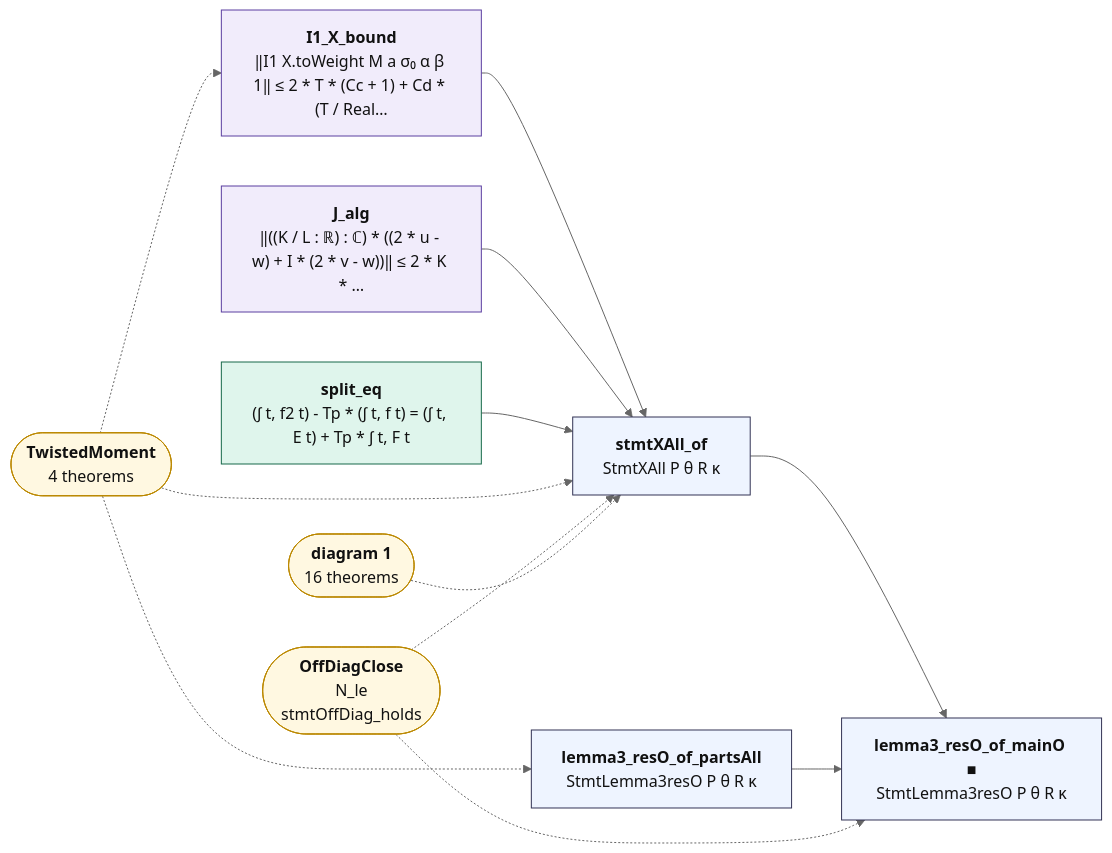
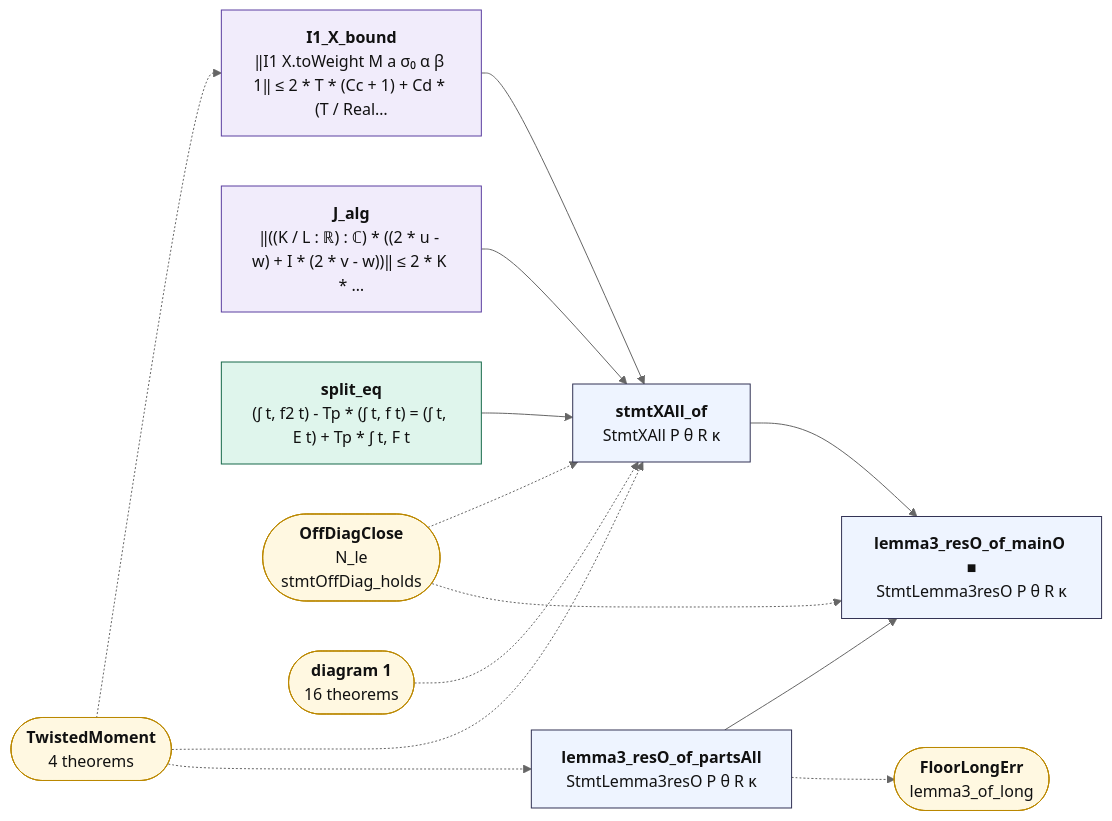
The second of 2 diagrams in map/lean_stage3/SwapX.md (juliansambranojr/Primebeat_081426), drawn with Mermaid (neutral theme) before and after one commit. The commit also changed other lines of this file and 64 other files, not shown here.

````diff
--- a/map/lean_stage3/SwapX.md
+++ b/map/lean_stage3/SwapX.md
@@ -105,31 +105,33 @@
 ```mermaid
 flowchart LR
   n0["<b>I1_X_bound</b><br/>‖I1 X.toWeight M a σ₀ α β 1‖ ≤ 2 * T * (Cc + 1) + Cd * (T / Real…"]:::shp
   n1["<b>J_alg</b><br/>‖((K / L : ℝ) : ℂ) * ((2 * u - w) + I * (2 * v - w))‖ ≤ 2 * K * …"]:::shp
   n2["<b>split_eq</b><br/>(∫ t, f2 t) - Tp * (∫ t, f t) = (∫ t, E t) + Tp * ∫ t, F t"]:::cnt
   n3["<b>stmtXAll_of</b><br/>StmtXAll P θ R κ"]:::thm
   n4["<b>lemma3_resO_of_partsAll</b><br/>StmtLemma3resO P θ R κ"]:::thm
   n5["<b>lemma3_resO_of_mainO ■</b><br/>StmtLemma3resO P θ R κ"]:::thm
   x0(["<b>TwistedMoment</b><br/>4 theorems"]):::ext
   x1(["<b>OffDiagClose</b><br/>N_le<br/>stmtOffDiag_holds"]):::ext
   x2(["<b>diagram 1</b><br/>16 theorems"]):::ext
+  x3(["<b>FloorLongErr</b><br/>lemma3_of_long"]):::ext
   n0 --> n3
   n1 --> n3
   n2 --> n3
   n3 --> n5
   n4 --> n5
+  n4 -.-> x3
   x0 -.-> n0
   x0 -.-> n3
   x0 -.-> n4
   x1 -.-> n3
   x1 -.-> n5
   x2 -.-> n3
   classDef cnt fill:#dff5ec,stroke:#17694a,color:#111
   classDef shp fill:#f1ecfb,stroke:#5b3fa0,color:#111
   classDef rh fill:#ffe5e5,stroke:#c22,color:#111,stroke-width:2px
   classDef thm fill:#eef4ff,stroke:#335,color:#111
   classDef end_ fill:#e7f7e7,stroke:#2a7,color:#111,stroke-width:2px
   classDef lone fill:#fff,stroke:#999,color:#111,stroke-dasharray:4 3
   classDef bad fill:#ffe5e5,stroke:#c22,color:#111,stroke-width:2px
   classDef ext fill:#fff8e1,stroke:#b80,color:#111
 ```
````
